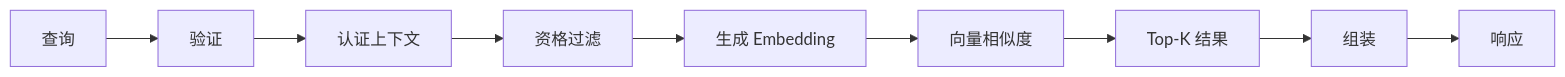
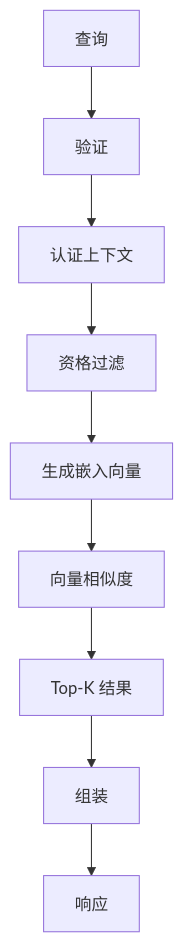
One commit to pofossette/TrapMap-for-vibing changed the first of 8 diagrams in docs/architecture/components/RETRIEVAL.md. Above: the diagram before and after it, drawn with Mermaid. The commit also changed other lines of this file and 31 other files, not shown here.

````diff
--- a/docs/architecture/components/RETRIEVAL.md
+++ b/docs/architecture/components/RETRIEVAL.md
@@ -27,11 +27,11 @@
 ```mermaid
-flowchart LR
+flowchart TB
     A[查询] --> B[验证]
     B --> C[认证上下文]
     C --> D[资格过滤]
-    D --> E[生成 Embedding]
+    D --> E[生成嵌入向量]
     E --> F[向量相似度]
     F --> G[Top-K 结果]
     G --> H[组装]
     H --> I[响应]
 ```
````
